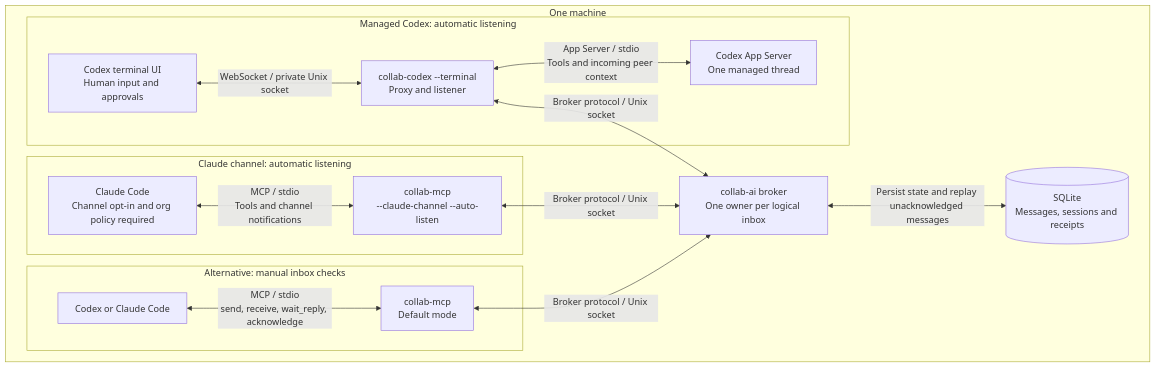
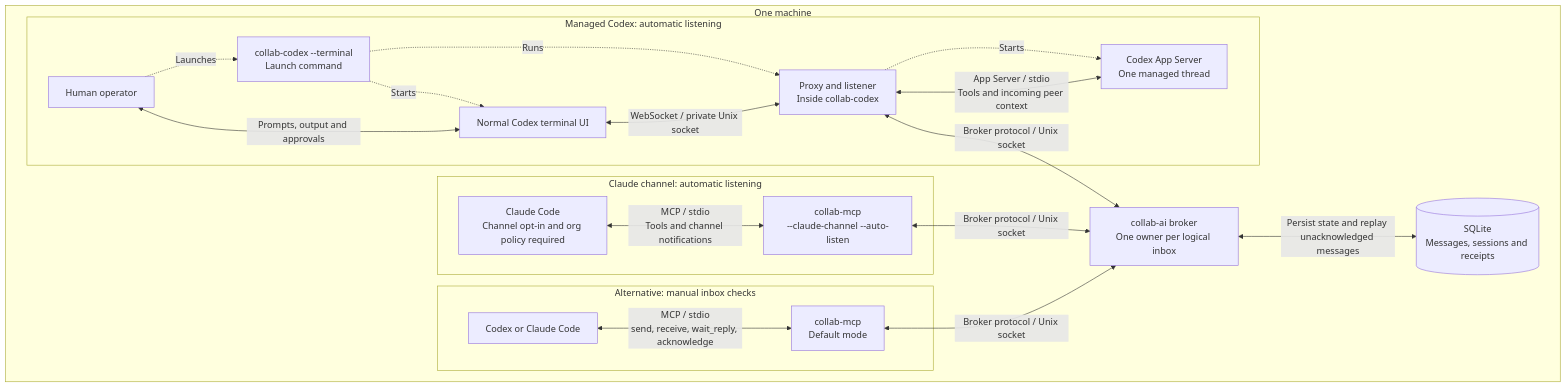
Before and after one commit to makarski/collab-ai: the diagram in README.md, drawn with Mermaid. The commit also changed other lines of this file and 1 other file, not shown here.

Commit message:
Show Codex launcher lifecycle and document argument compatibility

````diff
--- a/README.md
+++ b/README.md
@@ -16,29 +16,36 @@
 ```mermaid
 flowchart TB
     subgraph local["One machine"]
         subgraph codexPath["Managed Codex: automatic listening"]
-            codexUI["Codex terminal UI<br/>Human input and approvals"]
-            codexProxy["collab-codex --terminal<br/>Proxy and listener"]
+            human["Human operator"]
+            codexLauncher["collab-codex --terminal<br/>Launch command"]
+            codexUI["Normal Codex terminal UI"]
+            codexProxy["Proxy and listener<br/>Inside collab-codex"]
             codexHost["Codex App Server<br/>One managed thread"]
+            human -.->|"Launches"| codexLauncher
+            codexLauncher -.->|"Starts"| codexUI
+            codexLauncher -.->|"Runs"| codexProxy
+            codexProxy -.->|"Starts"| codexHost
+            human <-->|"Prompts, output and approvals"| codexUI
             codexUI <-->|"WebSocket / private Unix socket"| codexProxy
             codexProxy <-->|"App Server / stdio<br/>Tools and incoming peer context"| codexHost
         end
 
         subgraph claudePath["Claude channel: automatic listening"]
             claude["Claude Code<br/>Channel opt-in and org policy required"]
             claudeMcp["collab-mcp<br/>--claude-channel --auto-listen"]
             claude <-->|"MCP / stdio<br/>Tools and channel notifications"| claudeMcp
         end
 
         subgraph manualPath["Alternative: manual inbox checks"]
             agent["Codex or Claude Code"]
             manualMcp["collab-mcp<br/>Default mode"]
             agent <-->|"MCP / stdio<br/>send, receive, wait_reply, acknowledge"| manualMcp
         end
 
         codexProxy <-->|"Broker protocol / Unix socket"| broker["collab-ai broker<br/>One owner per logical inbox"]
         claudeMcp <-->|"Broker protocol / Unix socket"| broker
         manualMcp <-->|"Broker protocol / Unix socket"| broker
         broker <-->|"Persist state and replay unacknowledged messages"| db[("SQLite<br/>Messages, sessions and receipts")]
     end
 ```
````
